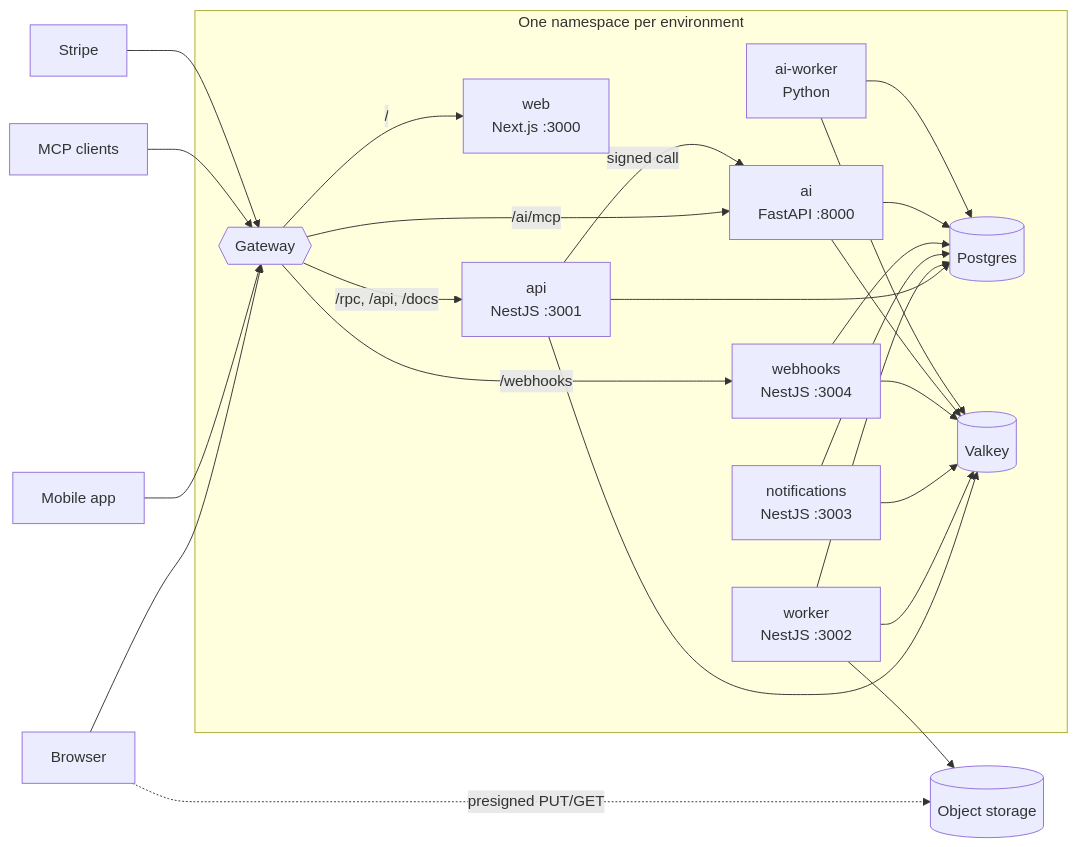
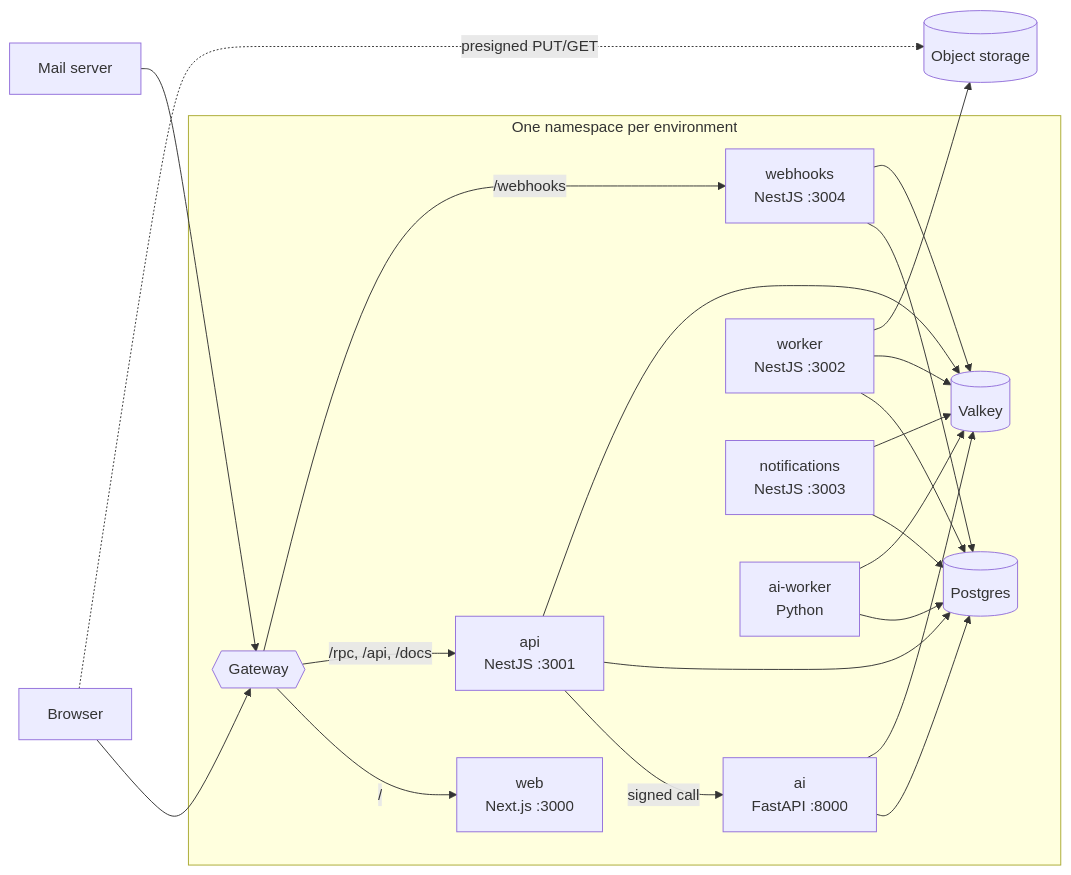
Before and after one commit to ManasMadan/director-editor: the diagram in docs/architecture.md, drawn with Mermaid. The commit also changed other lines of this file and 68 other files, not shown here.

````diff
--- a/docs/architecture.md
+++ b/docs/architecture.md
@@ -5,32 +5,29 @@
 ```mermaid
 flowchart LR
   browser[Browser] --> gw
-  mobile[Mobile app] --> gw
-  mcpc[MCP clients] --> gw
-  stripe[Stripe] --> gw
+  mail[Mail server] --> gw
 
   subgraph cluster[One namespace per environment]
     gw{{Gateway}}
     web[web<br/>Next.js :3000]
     api[api<br/>NestJS :3001]
     webhooks[webhooks<br/>NestJS :3004]
     ai[ai<br/>FastAPI :8000]
     worker[worker<br/>NestJS :3002]
     notifications[notifications<br/>NestJS :3003]
     aiworker[ai-worker<br/>Python]
     pg[(Postgres)]
     valkey[(Valkey)]
   end
 
   s3[(Object storage)]
 
   gw -- "/" --> web
   gw -- "/rpc, /api, /docs" --> api
   gw -- "/webhooks" --> webhooks
-  gw -- "/ai/mcp" --> ai
   api -- "signed call" --> ai
   api & worker & notifications & webhooks & ai & aiworker --> pg
   api & worker & notifications & webhooks & ai & aiworker --> valkey
   browser -. "presigned PUT/GET" .-> s3
   worker --> s3
 ```
````
